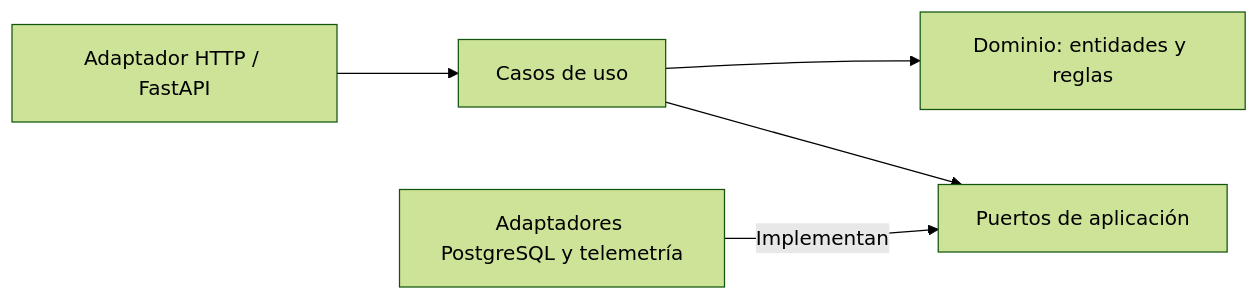
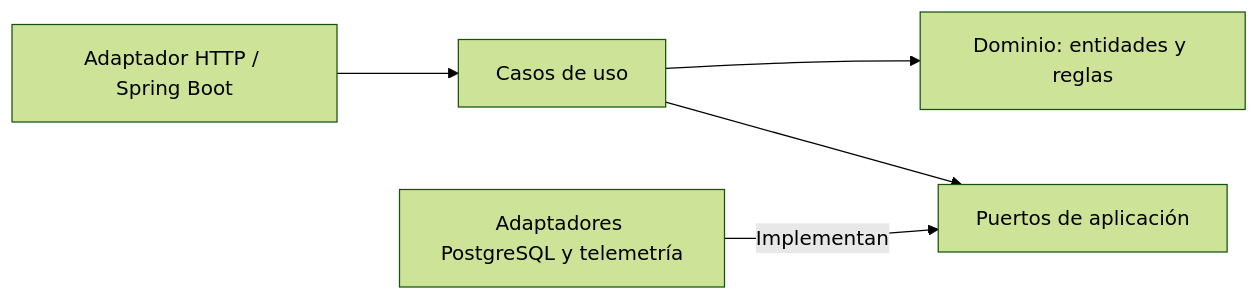
Before and after one commit to BryanSilva99/centro-salud-administrativo: the fourth of 5 diagrams in docs/05_ADD_ITERACION_1.md, drawn with Mermaid (forest theme). The commit also changed other lines of this file and 104 other files, not shown here.

Commit message:
docs: ajustar estructura a Java Spring Boot y React

````diff
--- a/docs/05_ADD_ITERACION_1.md
+++ b/docs/05_ADD_ITERACION_1.md
@@ -214,7 +214,7 @@
 ```mermaid
 flowchart LR
-    H[Adaptador HTTP / FastAPI] --> U[Casos de uso]
+    H[Adaptador HTTP / Spring Boot] --> U[Casos de uso]
     U --> D[Dominio: entidades y reglas]
     U --> P[Puertos de aplicación]
     A[Adaptadores PostgreSQL y telemetría] -->|Implementan| P
 ```
````
